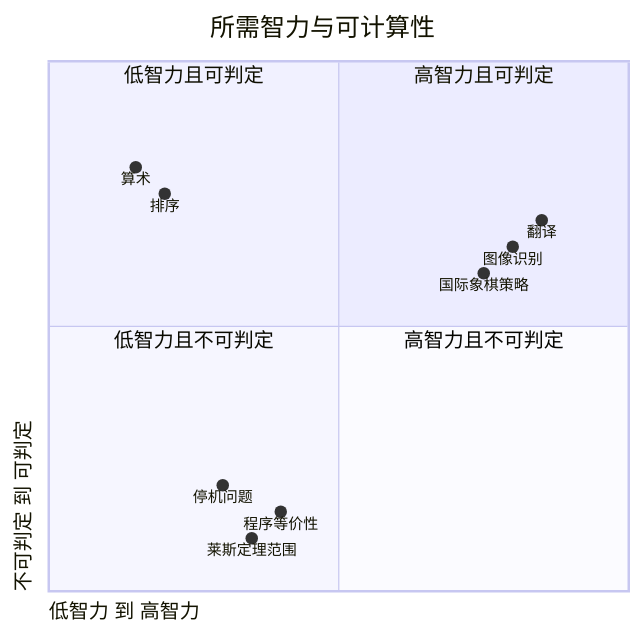
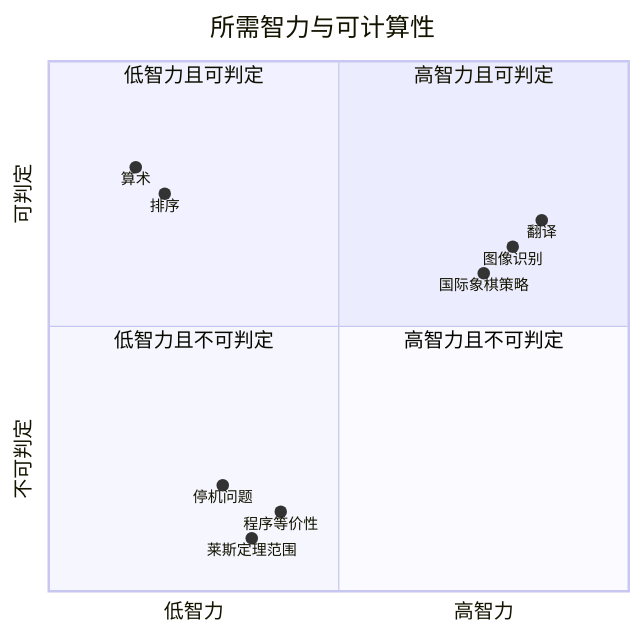
The third of 3 diagrams in i18n/zh/docusaurus-plugin-content-blog/2025-10-04-fundamental-limits-in-computing.mdx (tikazyq/marvinzhang.dev), drawn with Mermaid before and after one commit. The commit also changed other lines of this file and 1 other file, not shown here.

Commit message:
Fix Mermaid quadrantChart labels for clarity in English and Chinese versions

````diff
--- a/i18n/zh/docusaurus-plugin-content-blog/2025-10-04-fundamental-limits-in-computing.mdx
+++ b/i18n/zh/docusaurus-plugin-content-blog/2025-10-04-fundamental-limits-in-computing.mdx
@@ -381,19 +381,19 @@
 ```mermaid
 quadrantChart
     title 所需智力与可计算性
-    x-axis 低智力 到 高智力
-    y-axis 不可判定 到 可判定
-    quadrant-1 高智力且可判定
-    quadrant-2 低智力且可判定
-    quadrant-3 低智力且不可判定
-    quadrant-4 高智力且不可判定
+    x-axis "低智力" --> "高智力"
+    y-axis "不可判定" --> "可判定"
+    quadrant-1 "高智力且可判定"
+    quadrant-2 "低智力且可判定"
+    quadrant-3 "低智力且不可判定"
+    quadrant-4 "高智力且不可判定"
     
-    算术: [0.15, 0.8]
-    排序: [0.2, 0.75]
-    翻译: [0.85, 0.7]
-    国际象棋策略: [0.75, 0.6]
-    图像识别: [0.8, 0.65]
-    停机问题: [0.3, 0.2]
-    程序等价性: [0.4, 0.15]
-    莱斯定理范围: [0.35, 0.1]
+    "算术": [0.15, 0.8]
+    "排序": [0.2, 0.75]
+    "翻译": [0.85, 0.7]
+    "国际象棋策略": [0.75, 0.6]
+    "图像识别": [0.8, 0.65]
+    "停机问题": [0.3, 0.2]
+    "程序等价性": [0.4, 0.15]
+    "莱斯定理范围": [0.35, 0.1]
 ```
````
